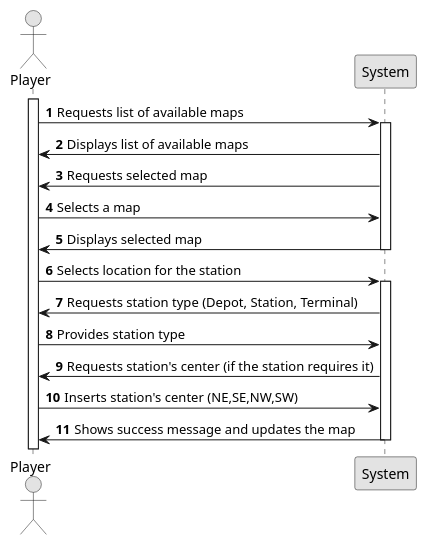
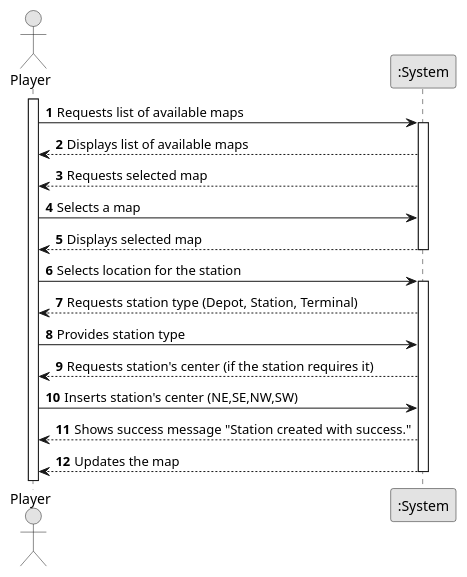
Before and after one commit to goncalolopesp/sem2-pi-24.25-g093-repo: the diagram in docs/system-documentation/US005/01.requirements-engineering/puml/US005-SSD.puml, drawn with PlantUML. The commit also changed 4 other files, not shown here.

```diff
--- a/docs/system-documentation/US005/01.requirements-engineering/puml/US005-SSD.puml
+++ b/docs/system-documentation/US005/01.requirements-engineering/puml/US005-SSD.puml
@@ -1,40 +1,41 @@
 @startuml
 
 skinparam monochrome true
 skinparam packageStyle rectangle
 skinparam shadowing false
 
 autonumber
 
 actor "Player" as Player
-participant "System" as System
+participant ":System" as System
 
 activate Player
 
     Player -> System : Requests list of available maps
     activate System
 
-    System -> Player : Displays list of available maps
+    System --> Player : Displays list of available maps
 
-    System -> Player : Requests selected map
+    System --> Player : Requests selected map
 
     Player -> System : Selects a map
 
-    System -> Player : Displays selected map
+    System --> Player : Displays selected map
     deactivate System
 
     Player -> System : Selects location for the station
     activate System
 
-    System -> Player : Requests station type (Depot, Station, Terminal)
+    System --> Player : Requests station type (Depot, Station, Terminal)
 
     Player -> System : Provides station type
 
-    System -> Player : Requests station's center (if the station requires it)
+    System --> Player : Requests station's center (if the station requires it)
 
     Player -> System : Inserts station's center (NE,SE,NW,SW)
 
-    System -> Player : Shows success message and updates the map
+    System --> Player : Shows success message "Station created with success."
+    System --> Player : Updates the map
     deactivate System
 
 @enduml
```
